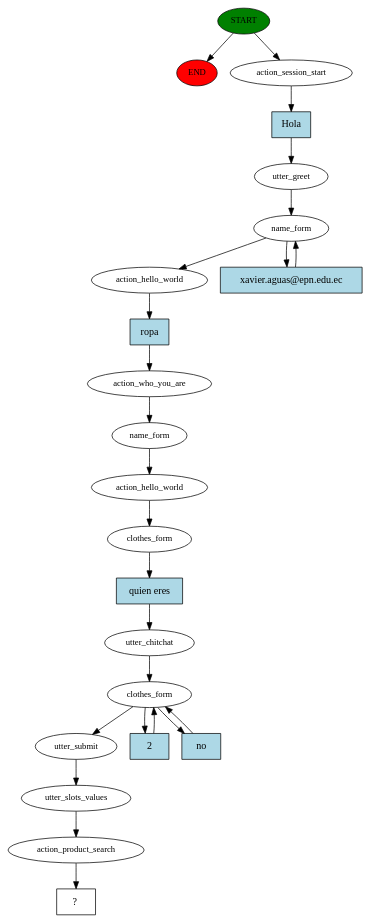
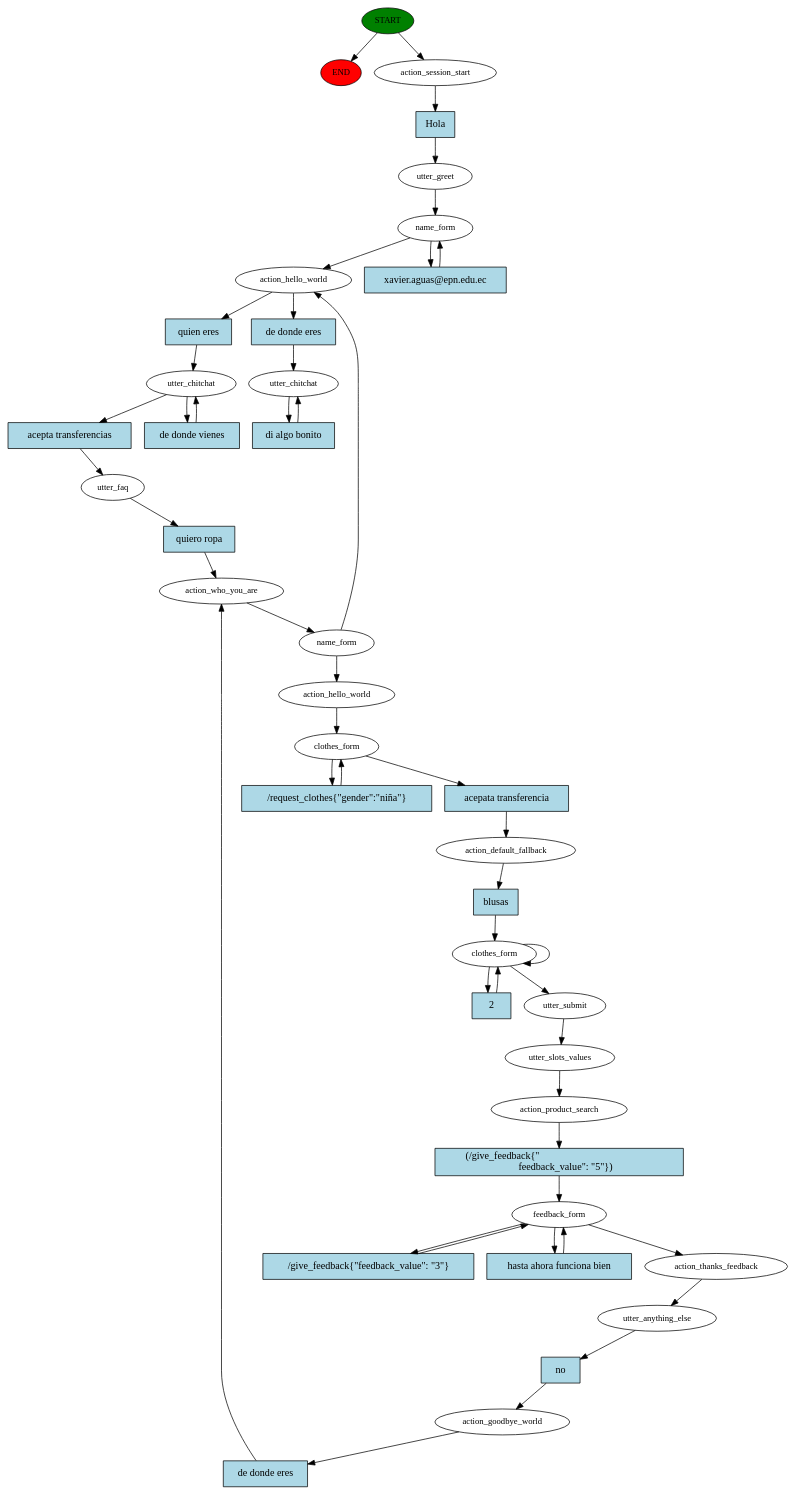
Before and after one commit to kabirivan/Ecommerce-Assistant-Jasmine: the diagram in story_graph.dot, drawn with Graphviz. The commit also changed 10 other files, not shown here.

```diff
--- a/story_graph.dot
+++ b/story_graph.dot
@@ -1,48 +1,89 @@
 digraph  {
 0 [class="start active", fillcolor=green, fontsize=12, label=START, style=filled];
 "-1" [class=end, fillcolor=red, fontsize=12, label=END, style=filled];
 1 [class=active, fontsize=12, label=action_session_start];
 2 [class=active, fontsize=12, label=utter_greet];
 3 [class=active, fontsize=12, label=name_form];
 6 [class=active, fontsize=12, label=action_hello_world];
-7 [class=active, fontsize=12, label=action_who_you_are];
-8 [class=active, fontsize=12, label=name_form];
-9 [class=active, fontsize=12, label=action_hello_world];
-10 [class=active, fontsize=12, label=clothes_form];
-11 [class=active, fontsize=12, label=utter_chitchat];
-12 [class=active, fontsize=12, label=clothes_form];
-17 [class=active, fontsize=12, label=utter_submit];
-18 [class=active, fontsize=12, label=utter_slots_values];
-19 [class=active, fontsize=12, label=action_product_search];
-20 [class="intent dashed active", label="  ?  ", shape=rect];
-21 [class="intent active", fillcolor=lightblue, label=Hola, shape=rect, style=filled];
-22 [class="intent active", fillcolor=lightblue, label="xavier.aguas@epn.edu.ec", shape=rect, style=filled];
-23 [class="intent active", fillcolor=lightblue, label=ropa, shape=rect, style=filled];
-24 [class="intent active", fillcolor=lightblue, label="quien eres", shape=rect, style=filled];
-25 [class="intent active", fillcolor=lightblue, label=2, shape=rect, style=filled];
-26 [class="intent active", fillcolor=lightblue, label=no, shape=rect, style=filled];
+7 [class=active, fontsize=12, label=utter_chitchat];
+9 [class=active, fontsize=12, label=utter_faq];
+10 [class=active, fontsize=12, label=action_who_you_are];
+11 [class=active, fontsize=12, label=name_form];
+12 [class=active, fontsize=12, label=action_hello_world];
+13 [class=active, fontsize=12, label=clothes_form];
+15 [class=active, fontsize=12, label=action_default_fallback];
+16 [class=active, fontsize=12, label=clothes_form];
+23 [class=active, fontsize=12, label=utter_submit];
+24 [class=active, fontsize=12, label=utter_slots_values];
+25 [class=active, fontsize=12, label=action_product_search];
+26 [class=active, fontsize=12, label=feedback_form];
+29 [class=active, fontsize=12, label=action_thanks_feedback];
+30 [class=active, fontsize=12, label=utter_anything_else];
+31 [class=active, fontsize=12, label=action_goodbye_world];
+35 [class="active dashed", fontsize=12, label=utter_chitchat];
+41 [class="intent active", fillcolor=lightblue, label=Hola, shape=rect, style=filled];
+42 [class="intent active", fillcolor=lightblue, label="xavier.aguas@epn.edu.ec", shape=rect, style=filled];
+43 [class="intent active", fillcolor=lightblue, label="quien eres", shape=rect, style=filled];
+44 [class="intent active", fillcolor=lightblue, label="de donde eres", shape=rect, style=filled];
+45 [class="intent active", fillcolor=lightblue, label="acepta transferencias", shape=rect, style=filled];
+46 [class="intent active", fillcolor=lightblue, label="de donde vienes", shape=rect, style=filled];
+47 [class="intent active", fillcolor=lightblue, label="quiero ropa", shape=rect, style=filled];
+48 [class="intent active", fillcolor=lightblue, label="acepata transferencia", shape=rect, style=filled];
+49 [class="intent active", fillcolor=lightblue, label="/request_clothes{\"gender\":\"niña\"}", shape=rect, style=filled];
+50 [class="intent active", fillcolor=lightblue, label=blusas, shape=rect, style=filled];
+51 [class="intent active", fillcolor=lightblue, label=2, shape=rect, style=filled];
+52 [class="intent active", fillcolor=lightblue, label="(/give_feedback{\"                                             \n      feedback_value\": \"5\"})", shape=rect, style=filled];
+53 [class="intent active", fillcolor=lightblue, label="/give_feedback{\"feedback_value\": \"3\"}", shape=rect, style=filled];
+54 [class="intent active", fillcolor=lightblue, label="hasta ahora funciona bien", shape=rect, style=filled];
+55 [class="intent active", fillcolor=lightblue, label=no, shape=rect, style=filled];
+56 [class="intent active", fillcolor=lightblue, label="de donde eres", shape=rect, style=filled];
+57 [class="intent active", fillcolor=lightblue, label="di algo bonito", shape=rect, style=filled];
 0 -> "-1"  [class="", key=NONE, label=""];
 0 -> 1  [class=active, key=NONE, label=""];
-1 -> 21  [class=active, key=0];
+1 -> 41  [class=active, key=0];
 2 -> 3  [class=active, key=NONE, label=""];
 3 -> 6  [class=active, key=NONE, label=""];
-3 -> 22  [class=active, key=0];
-6 -> 23  [class=active, key=0];
-7 -> 8  [class=active, key=NONE, label=""];
-8 -> 9  [class=active, key=NONE, label=""];
-9 -> 10  [class=active, key=NONE, label=""];
-10 -> 24  [class=active, key=0];
+3 -> 42  [class=active, key=0];
+6 -> 43  [class=active, key=0];
+6 -> 44  [class=active, key=0];
+7 -> 45  [class=active, key=0];
+7 -> 46  [class=active, key=0];
+9 -> 47  [class=active, key=0];
+10 -> 11  [class=active, key=NONE, label=""];
 11 -> 12  [class=active, key=NONE, label=""];
-12 -> 17  [class=active, key=NONE, label=""];
-12 -> 25  [class=active, key=0];
-12 -> 26  [class=active, key=0];
-17 -> 18  [class=active, key=NONE, label=""];
-18 -> 19  [class=active, key=NONE, label=""];
-19 -> 20  [class=active, key=NONE, label=""];
-21 -> 2  [class=active, key=0];
-22 -> 3  [class=active, key=0];
-23 -> 7  [class=active, key=0];
-24 -> 11  [class=active, key=0];
-25 -> 12  [class=active, key=0];
-26 -> 12  [class=active, key=0];
+11 -> 6  [class=active, key=NONE, label=""];
+12 -> 13  [class=active, key=NONE, label=""];
+13 -> 48  [class=active, key=0];
+13 -> 49  [class=active, key=0];
+15 -> 50  [class=active, key=0];
+16 -> 16  [class=active, key=NONE, label=""];
+16 -> 23  [class=active, key=NONE, label=""];
+16 -> 51  [class=active, key=0];
+23 -> 24  [class=active, key=NONE, label=""];
+24 -> 25  [class=active, key=NONE, label=""];
+25 -> 52  [class=active, key=0];
+26 -> 29  [class=active, key=NONE, label=""];
+26 -> 53  [class=active, key=0];
+26 -> 54  [class=active, key=0];
+29 -> 30  [class=active, key=NONE, label=""];
+30 -> 55  [class=active, key=0];
+31 -> 56  [class=active, key=0];
+35 -> 57  [class=active, key=0];
+41 -> 2  [class=active, key=0];
+42 -> 3  [class=active, key=0];
+43 -> 7  [class=active, key=0];
+44 -> 35  [class=active, key=0];
+45 -> 9  [class=active, key=0];
+46 -> 7  [class=active, key=0];
+47 -> 10  [class=active, key=0];
+48 -> 15  [class=active, key=0];
+49 -> 13  [class=active, key=0];
+50 -> 16  [class=active, key=0];
+51 -> 16  [class=active, key=0];
+52 -> 26  [class=active, key=0];
+53 -> 26  [class=active, key=0];
+54 -> 26  [class=active, key=0];
+55 -> 31  [class=active, key=0];
+56 -> 10  [class=active, key=0];
+57 -> 35  [class=active, key=0];
 }
```
